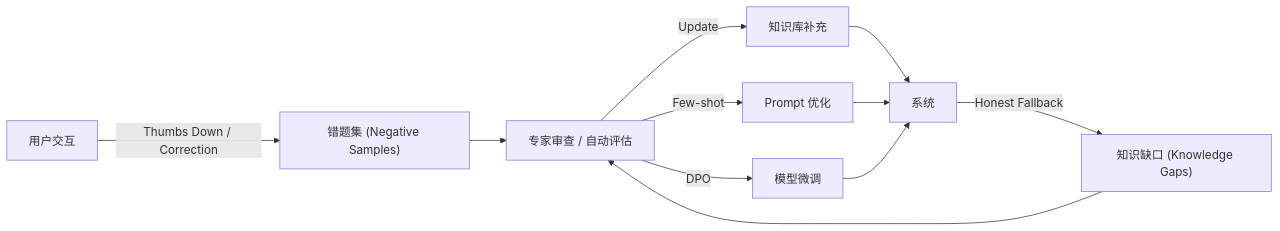
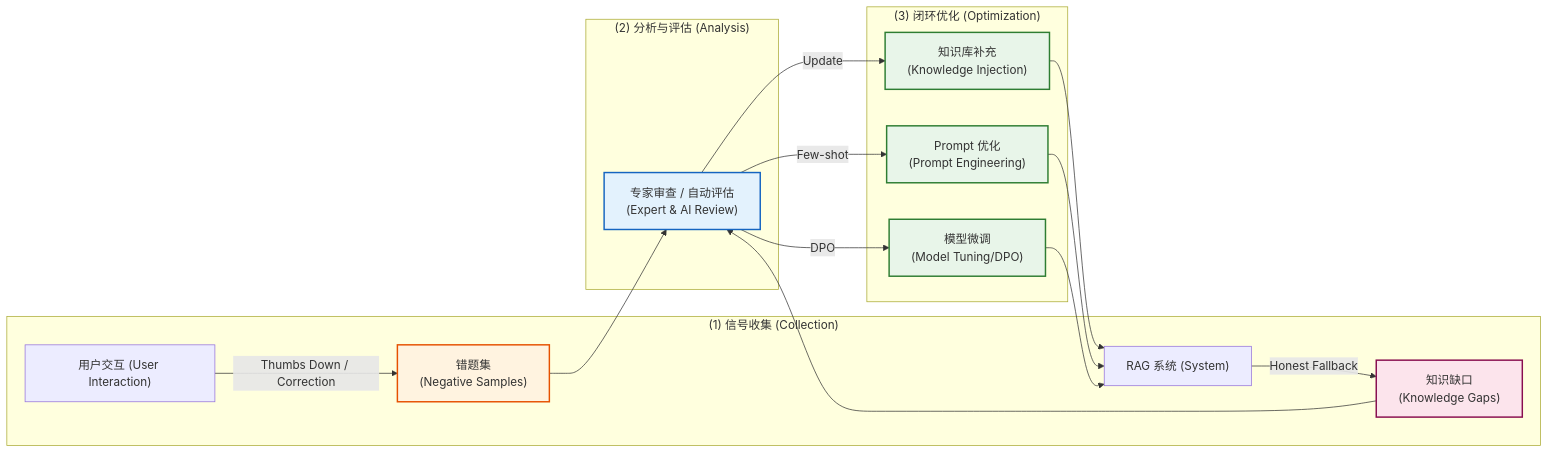
Diagram 25 of 35 in docs/arch/enterprise-agentic-rag.md (cute-spring/opencode-notes), drawn with Mermaid before and after one commit. The commit also changed other lines of this file and 2 other files, not shown here.

Commit message:
docs(arch): add smart caching strategy and golden cache FAQ; update agentic RAG

````diff
--- a/docs/arch/enterprise-agentic-rag.md
+++ b/docs/arch/enterprise-agentic-rag.md
@@ -1120,16 +1963,28 @@
 ```mermaid
 flowchart LR
-    U["用户交互"] -->|Thumbs Down / Correction| S["错题集 (Negative Samples)"]
-    sys["系统"] -->|Honest Fallback| G["知识缺口 (Knowledge Gaps)"]
+    %% 样式定义
+    classDef feedback fill:#fff3e0,stroke:#e65100,stroke-width:2px;
+    classDef gap fill:#fce4ec,stroke:#880e4f,stroke-width:2px;
+    classDef review fill:#e3f2fd,stroke:#1565c0,stroke-width:2px;
+    classDef update fill:#e8f5e9,stroke:#2e7d32,stroke-width:2px;
+
+    subgraph Collection ["(1) 信号收集 (Collection)"]
+        U["用户交互 (User Interaction)"] -->|Thumbs Down / Correction| S["错题集<br/>(Negative Samples)"]:::feedback
+        sys["RAG 系统 (System)"] -->|Honest Fallback| G["知识缺口<br/>(Knowledge Gaps)"]:::gap
+    end
     
-    S --> R["专家审查 / 自动评估"]
-    G --> R
+    subgraph Analysis ["(2) 分析与评估 (Analysis)"]
+        S --> R["专家审查 / 自动评估<br/>(Expert & AI Review)"]:::review
+        G --> R
+    end
     
-    R -->|Update| K["知识库补充"]
-    R -->|Few-shot| P["Prompt 优化"]
-    R -->|DPO| M["模型微调"]
+    subgraph Improvement ["(3) 闭环优化 (Optimization)"]
+        R -->|Update| K["知识库补充<br/>(Knowledge Injection)"]:::update
+        R -->|Few-shot| P["Prompt 优化<br/>(Prompt Engineering)"]:::update
+        R -->|DPO| M["模型微调<br/>(Model Tuning/DPO)"]:::update
+    end
     
     K --> sys
     P --> sys
     M --> sys
 ```
````
